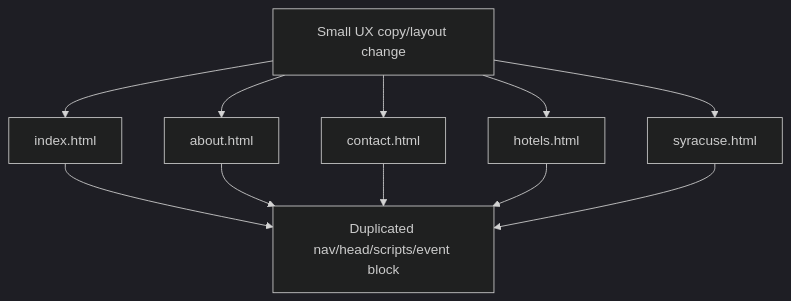
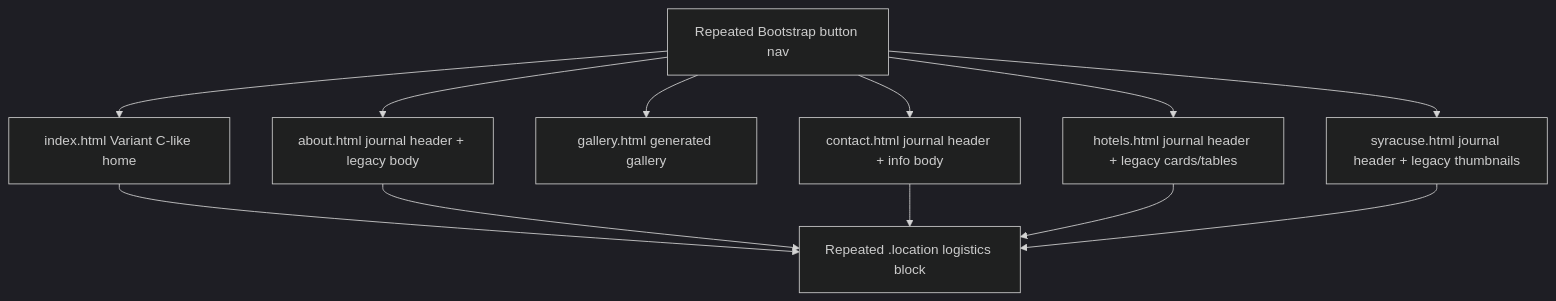
The first of 2 diagrams in documentation/planning/working/refactor-plan.md (skeller01/wedding-website), drawn with Mermaid (dark theme) before and after one commit. The commit also changed other lines of this file and 13 other files, not shown here.

````diff
--- a/documentation/planning/working/refactor-plan.md
+++ b/documentation/planning/working/refactor-plan.md
@@ -184,14 +242,23 @@
 ```mermaid
 flowchart TD
-  Change[Small UX copy/layout change]
-  Change --> Index[index.html]
-  Change --> About[about.html]
-  Change --> Contact[contact.html]
-  Change --> Hotels[hotels.html]
-  Change --> Syracuse[syracuse.html]
-  Index --> SharedA[Duplicated nav/head/scripts/event block]
-  About --> SharedA
-  Contact --> SharedA
-  Hotels --> SharedA
-  Syracuse --> SharedA
+  Home[index.html Variant C-like home]
+  Story[about.html journal header + legacy body]
+  Gallery[gallery.html generated gallery]
+  Info[contact.html journal header + info body]
+  Hotels[hotels.html journal header + legacy cards/tables]
+  Syracuse[syracuse.html journal header + legacy thumbnails]
+  Footer[Repeated .location logistics block]
+  Nav[Repeated Bootstrap button nav]
+
+  Nav --> Home
+  Nav --> Story
+  Nav --> Gallery
+  Nav --> Info
+  Nav --> Hotels
+  Nav --> Syracuse
+  Home --> Footer
+  Story --> Footer
+  Info --> Footer
+  Hotels --> Footer
+  Syracuse --> Footer
 ```
````
